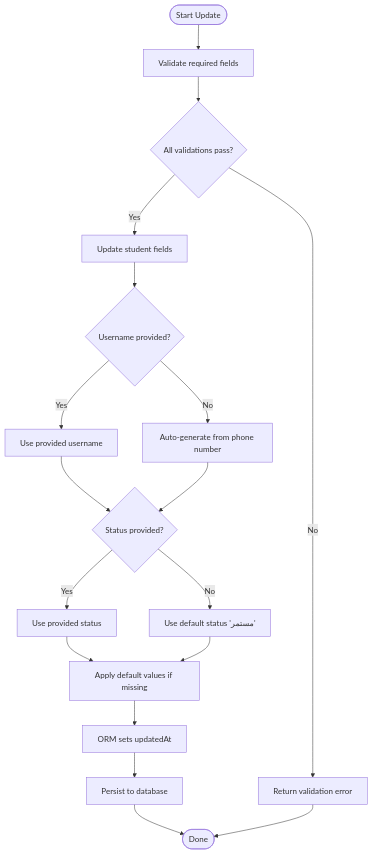
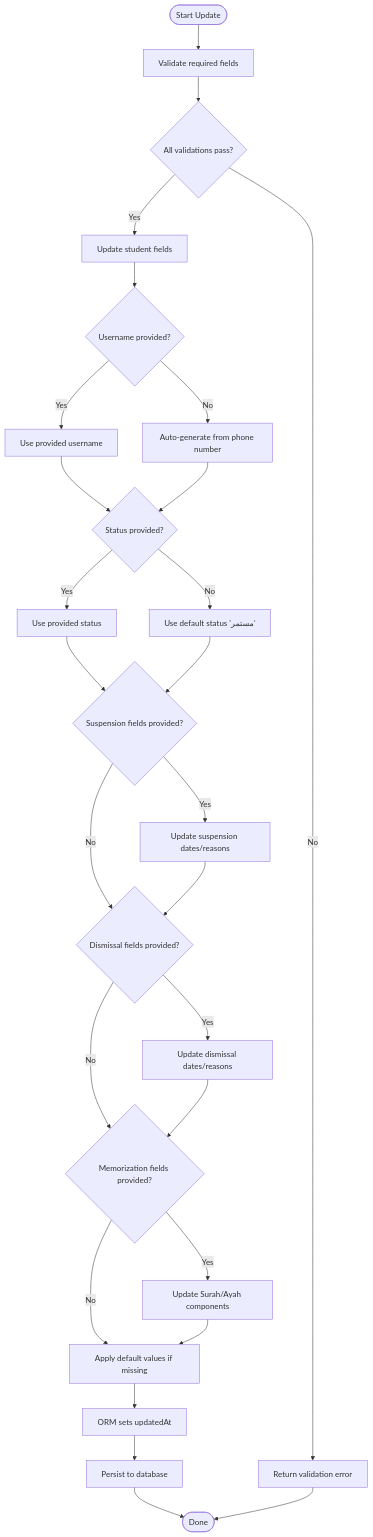
The sixth of 8 diagrams in .qoder/repowiki/en/content/Database Design/Student Model.md (Mreng78/khirocom_project), drawn with Mermaid before and after one commit. The commit also changed other lines of this file and 17 other files, not shown here.

````diff
--- a/.qoder/repowiki/en/content/Database Design/Student Model.md
+++ b/.qoder/repowiki/en/content/Database Design/Student Model.md
@@ -263,20 +260,29 @@
 ```mermaid
 flowchart TD
 Start(["Start Update"]) --> Validate["Validate required fields"]
 Validate --> Valid{"All validations pass?"}
 Valid --> |No| Error["Return validation error"]
 Valid --> |Yes| UpdateRecord["Update student fields"]
 UpdateRecord --> CheckUsername{"Username provided?"}
 CheckUsername --> |Yes| UseProvided["Use provided username"]
 CheckUsername --> |No| AutoGenerate["Auto-generate from phone number"]
 UseProvided --> CheckStatus{"Status provided?"}
 AutoGenerate --> CheckStatus
 CheckStatus --> |Yes| UseProvidedStatus["Use provided status"]
 CheckStatus --> |No| DefaultStatus["Use default status 'مستمر'"]
-UseProvidedStatus --> SetDefaults["Apply default values if missing"]
-DefaultStatus --> SetDefaults
+UseProvidedStatus --> CheckSuspension{"Suspension fields provided?"}
+DefaultStatus --> CheckSuspension
+CheckSuspension --> |Yes| UseProvidedSuspension["Update suspension dates/reasons"]
+CheckSuspension --> |No| CheckDismissal{"Dismissal fields provided?"}
+UseProvidedSuspension --> CheckDismissal
+CheckDismissal --> |Yes| UseProvidedDismissal["Update dismissal dates/reasons"]
+CheckDismissal --> |No| CheckMemorization{"Memorization fields provided?"}
+UseProvidedDismissal --> CheckMemorization
+CheckMemorization --> |Yes| UseProvidedMemorization["Update Surah/Ayah components"]
+CheckMemorization --> |No| SetDefaults["Apply default values if missing"]
+UseProvidedMemorization --> SetDefaults
 SetDefaults --> SetTimestamps["ORM sets updatedAt"]
 SetTimestamps --> Save["Persist to database"]
 Save --> Done(["Done"])
 Error --> Done
 ```
````
